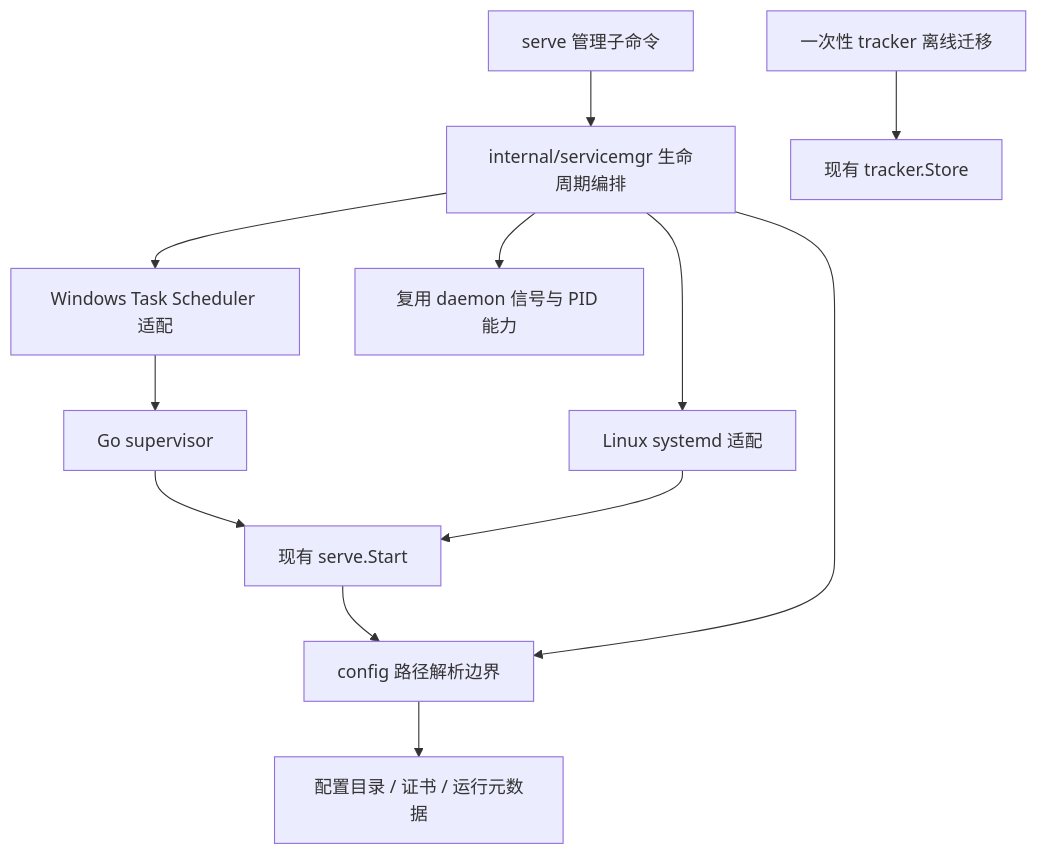
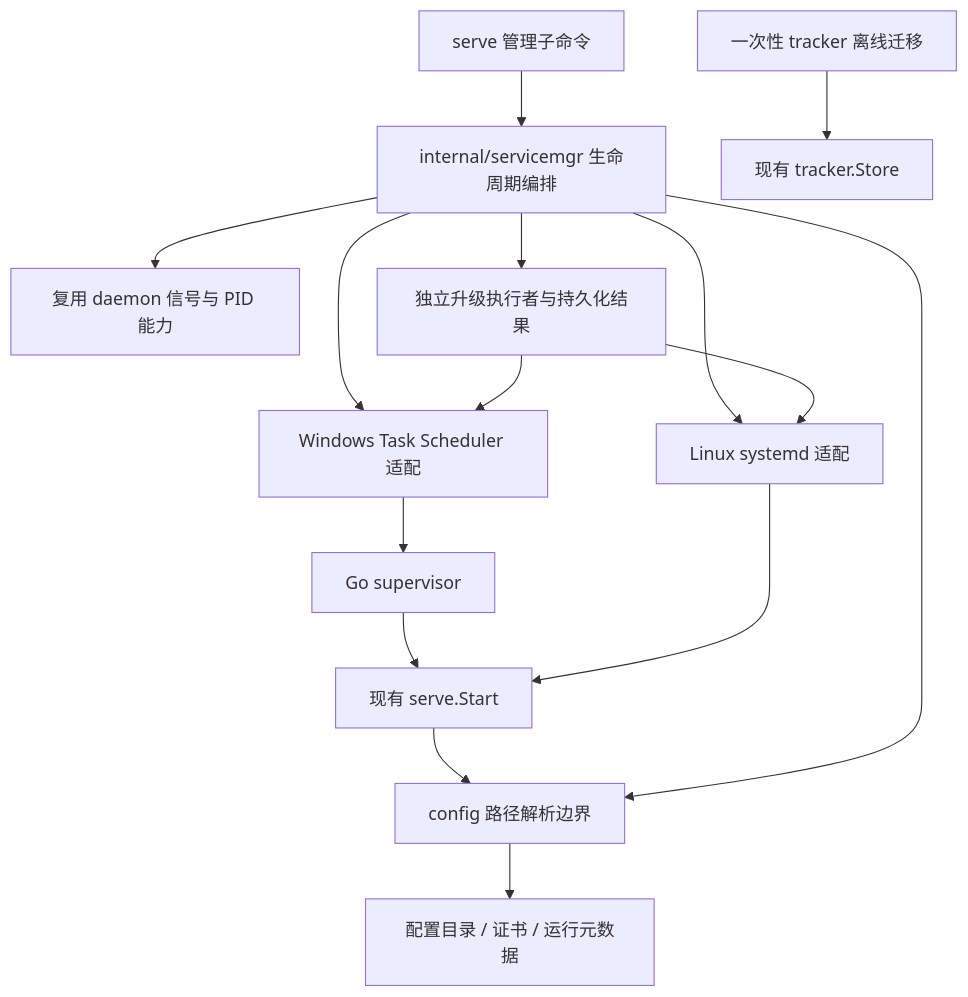
Before and after one commit to inhere/gofer: the diagram in docs/design/2026-10-07-serve-management-and-repository-migration-design.md, drawn with Mermaid. The commit also changed other lines of this file, not shown here.

````diff
--- a/docs/design/2026-10-07-serve-management-and-repository-migration-design.md
+++ b/docs/design/2026-10-07-serve-management-and-repository-migration-design.md
@@ -196,14 +217,17 @@
 ```mermaid
 flowchart TD
     CLI[serve 管理子命令] --> Manager[internal/servicemgr 生命周期编排]
     Manager --> Win[Windows Task Scheduler 适配]
     Manager --> Linux[Linux systemd 适配]
     Win --> Watch[Go supervisor]
     Watch --> Server[现有 serve.Start]
     Linux --> Server
     Manager --> Daemon[复用 daemon 信号与 PID 能力]
+    Manager --> Updater[独立升级执行者与持久化结果]
+    Updater --> Win
+    Updater --> Linux
     Server --> Paths[config 路径解析边界]
     Manager --> Paths
     Paths --> ConfigDir[配置目录 / 证书 / 运行元数据]
     Transfer[一次性 tracker 离线迁移] --> Store[现有 tracker.Store]
 ```
````
